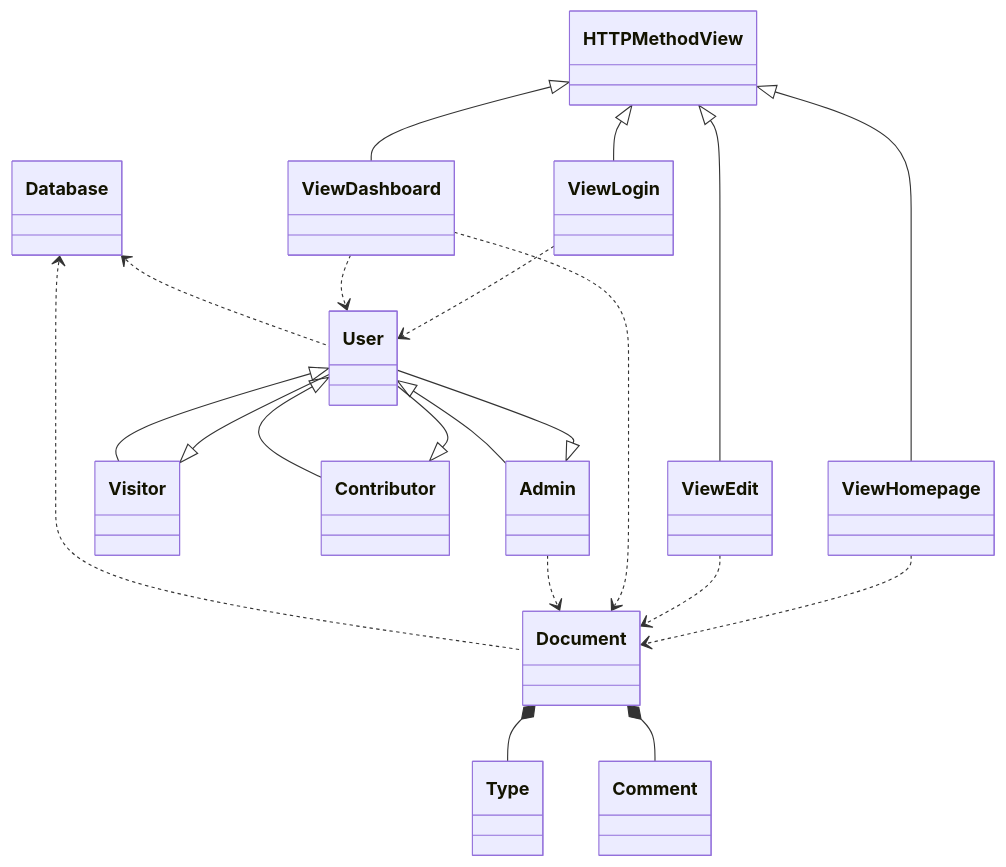
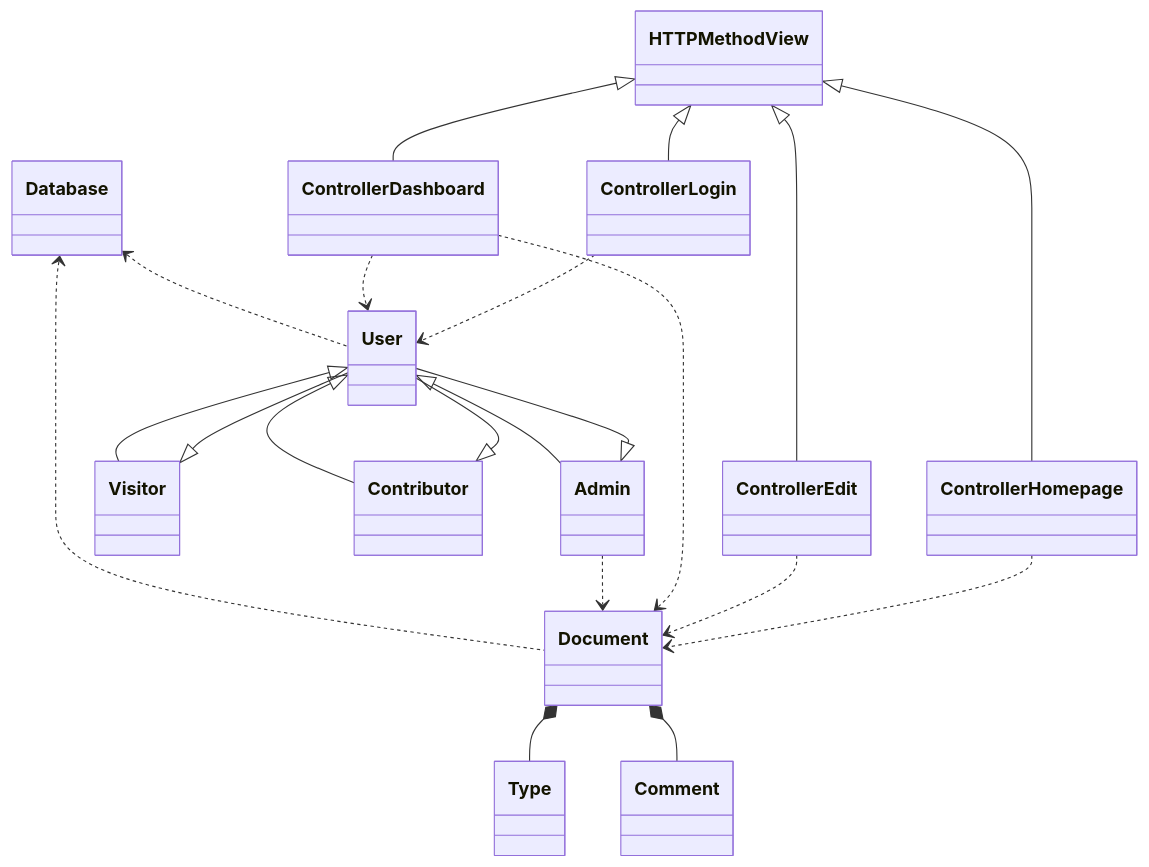
Before and after one commit to JamesYuuu/ucas-oop-hw: the third of 5 diagrams in final-presentation/slides.md, drawn with Mermaid. The commit also changed 10 other files, not shown here.

````diff
--- a/final-presentation/slides.md
+++ b/final-presentation/slides.md
@@ -242,31 +242,31 @@
 ```mermaid
 classDiagram
 
 User --|> Admin
 User --|> Visitor
 User --|> Contributor
 
-HTTPMethodView<|--ViewLogin
-HTTPMethodView<|--ViewHomepage
-HTTPMethodView<|--ViewEdit
-HTTPMethodView<|--ViewDashboard
+HTTPMethodView<|--ControllerLogin
+HTTPMethodView<|--ControllerHomepage
+HTTPMethodView<|--ControllerEdit
+HTTPMethodView<|--ControllerDashboard
 
-ViewLogin ..> User
-ViewHomepage ..> Document
-ViewEdit ..> Document
-ViewDashboard ..> Document
-ViewDashboard ..> User
+ControllerLogin ..> User
+ControllerHomepage ..> Document
+ControllerEdit ..> Document
+ControllerDashboard ..> Document
+ControllerDashboard ..> User
 
 Admin --|> User
 Visitor --|> User
 Contributor --|> User
 
 Admin ..> Document
 
 Database <.. Document
 Database <.. User
 
 Document *-- Type
 Document *-- Comment
 
 ```
````
